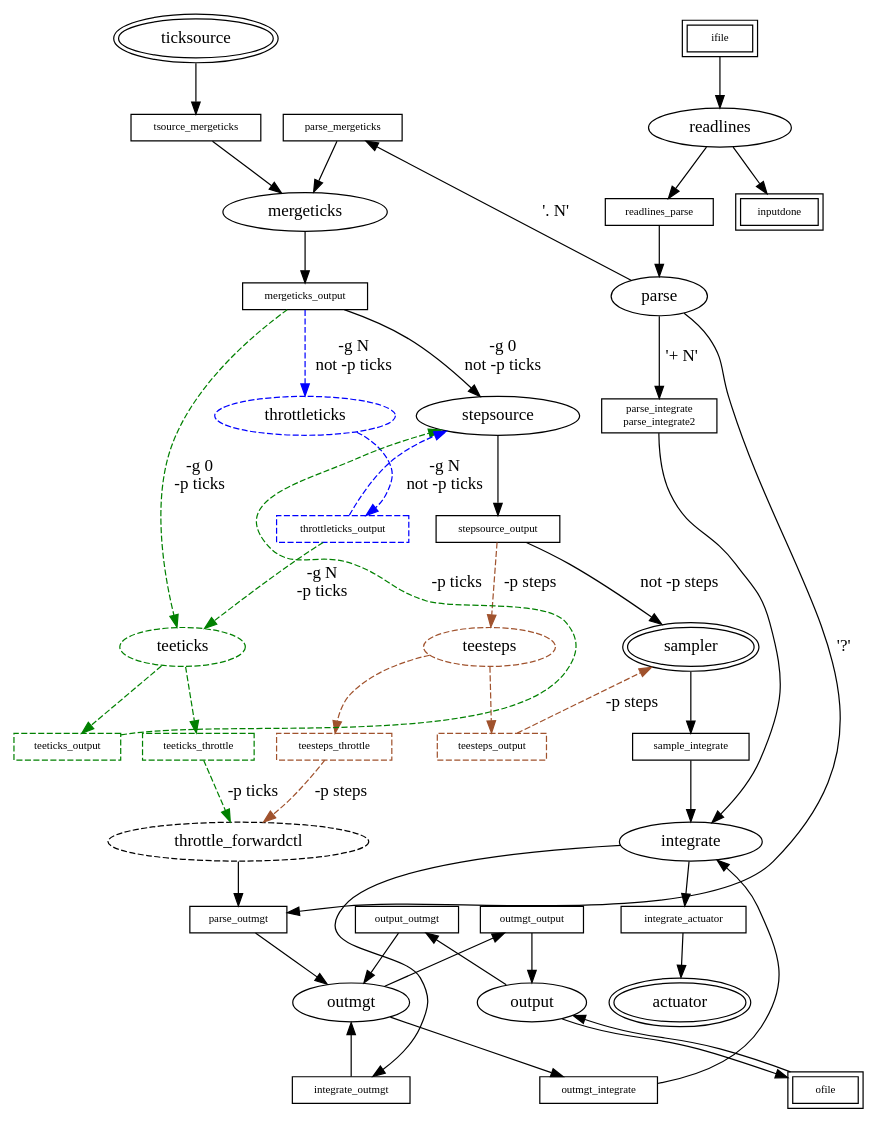
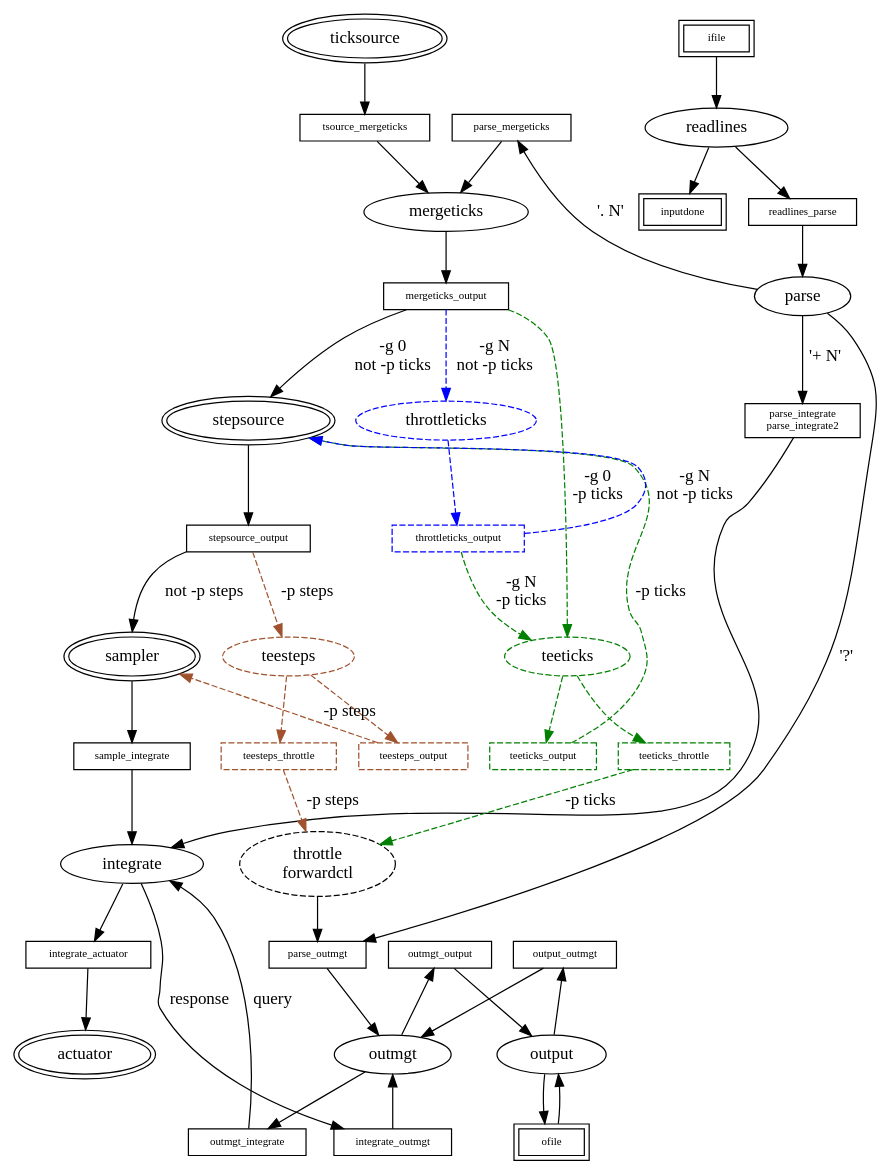
The diagram in design1.dot (knz/reg), drawn with Graphviz before and after one commit. The commit also changed 3 other files, not shown here.

Commit message:
Improve the design document, update diagrams.

```diff
--- a/design1.dot
+++ b/design1.dot
@@ -1,146 +1,146 @@
 digraph G {
     /*
         layout=neato
         overlap=false //ipsep
         mode=ipsep
         sep="+20"
    */
    pack=true
        
         node [height=0.3,shape=ellipse,peripheries=1]; // processes
 
         readlines
         parse
         mergeticks
-        stepsource
         integrate
         outmgt
         output
 
         node [style=dashed]; // optional processes
 
-        throttle_forwardctl
+        throttle_forwardctl [label="throttle\nforwardctl"]
         throttleticks [color=blue]
         teesteps [color=sienna]
         teeticks [color=green]
 
         node [style=solid,peripheries=2]; // source/sinks processes
 
+        stepsource
         ticksource
         sampler
         actuator
 
         node [shape=box,fontsize=9,peripheries=1]; // channels
 
 	tsource_mergeticks
 	readlines_parse
 	parse_mergeticks
 	parse_integrate [label="parse_integrate\nparse_integrate2"]
 	parse_outmgt
 	integrate_outmgt
 	integrate_actuator
 	outmgt_integrate
 	sample_integrate
 	outmgt_output
 	output_outmgt
 	mergeticks_output	
         stepsource_output
 
         node [style=dashed]; // optional channels
 
         teesteps_output [color=sienna]
         teesteps_throttle [color=sienna]
         teeticks_throttle [color=green]
         teeticks_output [color=green]
         throttleticks_output [color=blue]
 
         node [peripheries=2,style=solid]; // source/sinks channels
         ifile
         ofile
         inputdone
 
 
 
         // edges around [readlines]
         ifile -> readlines -> readlines_parse
         readlines -> inputdone
 
         // around [parse]
         readlines_parse -> parse
         parse -> parse_mergeticks [label="'. N'",constraint=false]
         parse -> parse_integrate [label="'+ N'"]
         parse -> parse_outmgt [label="'?'",constraint=false]
 
         // around [integrate]
         parse_integrate -> integrate [constraint=false]
         integrate -> integrate_actuator
         sample_integrate -> integrate
-        integrate -> integrate_outmgt [constraint=false]
+        integrate -> integrate_outmgt [constraint=false,label="response"]
         // outmgt_integrate -> integrate
-        integrate -> outmgt_integrate [dir=back]
+        integrate -> outmgt_integrate [dir=back,label="query"]
 
         // around [actuator]
         integrate_actuator -> actuator
 
         // around [output]
         outmgt_output -> output
         output_outmgt -> output [dir=back]
         //        output -> output_outmgt [constraint=false]
         ofile -> output -> ofile
 
         // around [outmgt]
         parse_outmgt -> outmgt
         outmgt -> outmgt_integrate
         //        outmgt -> outmgt_output       
         outmgt_output -> outmgt [dir=back]
         output_outmgt -> outmgt
         //        integrate_outmgt -> outmgt
         outmgt -> integrate_outmgt [dir=back]
 
         // around [ticksource] and [mergeticks]
         ticksource -> tsource_mergeticks
         tsource_mergeticks -> mergeticks -> mergeticks_output
         parse_mergeticks -> mergeticks
 
         // around [stepsource]
         mergeticks_output -> stepsource  [label="-g 0\nnot -p ticks"]
         stepsource -> stepsource_output
 
         // around [sampler]
         stepsource_output -> sampler  [label="not -p steps"]
         sampler -> sample_integrate
 
         // around [throttle_forwardctl]
         throttle_forwardctl -> parse_outmgt
 
         // optional edges
         edge [style=dashed]
 
         // around [throttleticks] for -g
         edge [color=blue]
         mergeticks_output -> throttleticks  [label="-g N\nnot -p ticks"]
         throttleticks -> throttleticks_output
         throttleticks_output -> stepsource [label="-g N\nnot -p ticks",constraint=false]
 
         // around [teeticks] for -p ticks
         edge [color=green]
         throttleticks_output -> teeticks  [label="-g N\n-p ticks"]
         teeticks -> teeticks_throttle
         mergeticks_output -> teeticks  [label="-g 0\n-p ticks"]
         teeticks -> teeticks_output
         teeticks_output -> stepsource [color=green,label="-p ticks",constraint=false]
 
         teeticks_throttle -> throttle_forwardctl [label="-p ticks"]
 
         // around [teesteps] for -p steps
         edge [color=sienna]
         stepsource_output -> teesteps [label="-p steps"]
         teesteps -> teesteps_output
         teesteps_output -> sampler [label="-p steps",constraint=false]
         teesteps -> teesteps_throttle
 
         teesteps_throttle -> throttle_forwardctl [label="-p steps"]
 
 
 
 }
```
